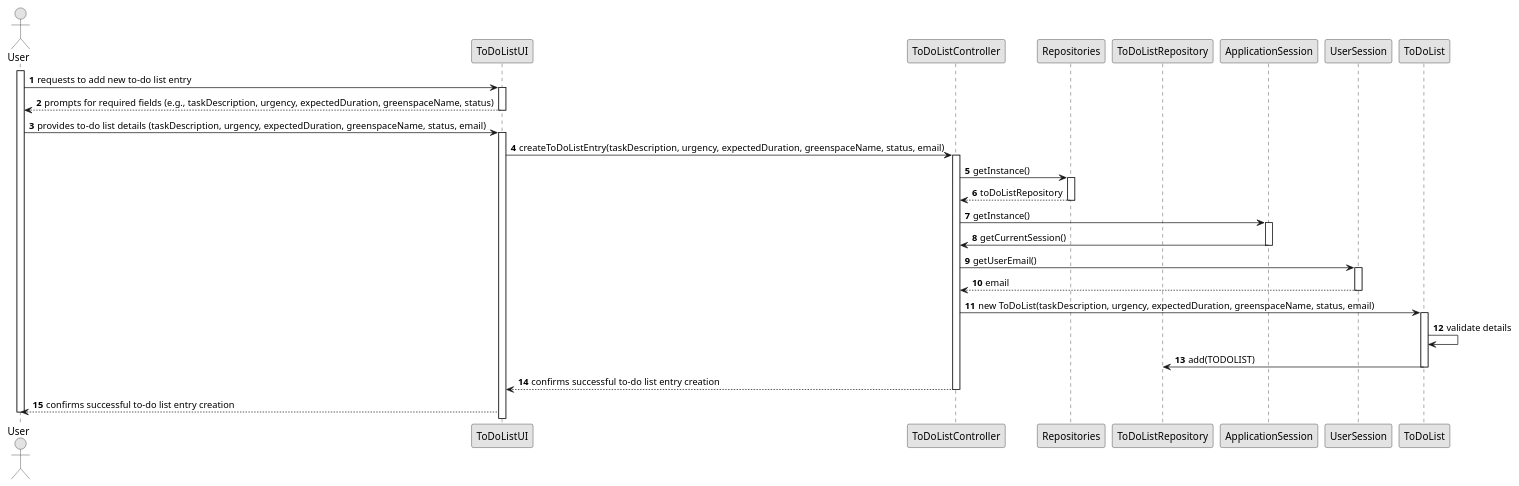
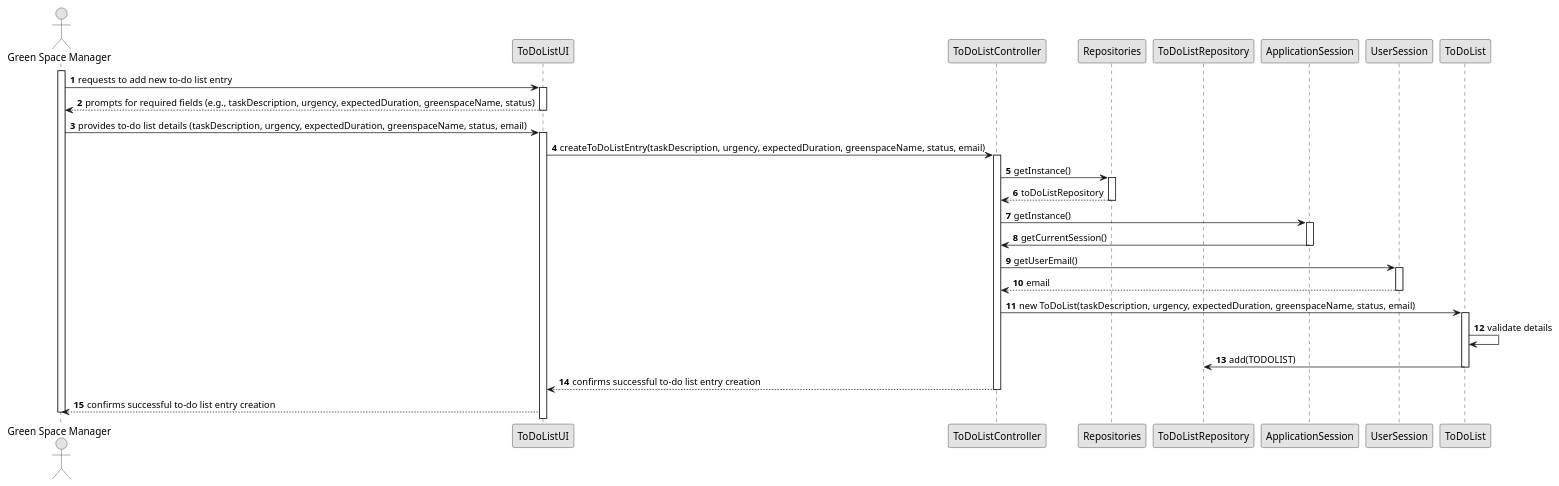
Before and after one commit to Departamento-de-Engenharia-Informatica/greenspace-management: the diagram in docs/sprintC/us021/03.design/puml/us021-sequence-diagram-full.puml, drawn with PlantUML. The commit also changed 17 other files, not shown here.

```diff
--- a/docs/sprintC/us021/03.design/puml/us021-sequence-diagram-full.puml
+++ b/docs/sprintC/us021/03.design/puml/us021-sequence-diagram-full.puml
@@ -1,63 +1,63 @@
 @startuml
 skinparam monochrome true
 skinparam packageStyle rectangle
 skinparam shadowing false
 
 autonumber
 
-actor "User" as USER
+actor "Green Space Manager" as USER
 participant "ToDoListUI" as UI
 participant "ToDoListController" as CTRL
 participant "Repositories" as Repositories
 participant "ToDoListRepository" as ToDoListRepository
 participant "ApplicationSession" as APP
 participant "UserSession" as SESSION
 participant "ToDoList" as TODOLIST
 
 activate USER
 
     USER -> UI : requests to add new to-do list entry
     activate UI
 
         UI --> USER : prompts for required fields (e.g., taskDescription, urgency, expectedDuration, greenspaceName, status)
     deactivate UI
 
     USER -> UI : provides to-do list details (taskDescription, urgency, expectedDuration, greenspaceName, status, email)
     activate UI
 
         UI -> CTRL : createToDoListEntry(taskDescription, urgency, expectedDuration, greenspaceName, status, email)
         activate CTRL
 
             CTRL -> Repositories : getInstance()
             activate Repositories
 
                 Repositories --> CTRL : toDoListRepository
             deactivate Repositories
 
             CTRL -> APP: getInstance()
             activate APP
 
                 APP -> CTRL: getCurrentSession()
             deactivate APP
 
             CTRL -> SESSION: getUserEmail()
             activate SESSION
 
                 SESSION --> CTRL: email
             deactivate SESSION
 
             CTRL -> TODOLIST : new ToDoList(taskDescription, urgency, expectedDuration, greenspaceName, status, email)
             activate TODOLIST
 
                 TODOLIST -> TODOLIST : validate details
                 TODOLIST -> ToDoListRepository : add(TODOLIST)
             deactivate TODOLIST
 
             CTRL --> UI : confirms successful to-do list entry creation
     deactivate CTRL
 
     UI --> USER : confirms successful to-do list entry creation
 
 deactivate USER
 
 @enduml
```
